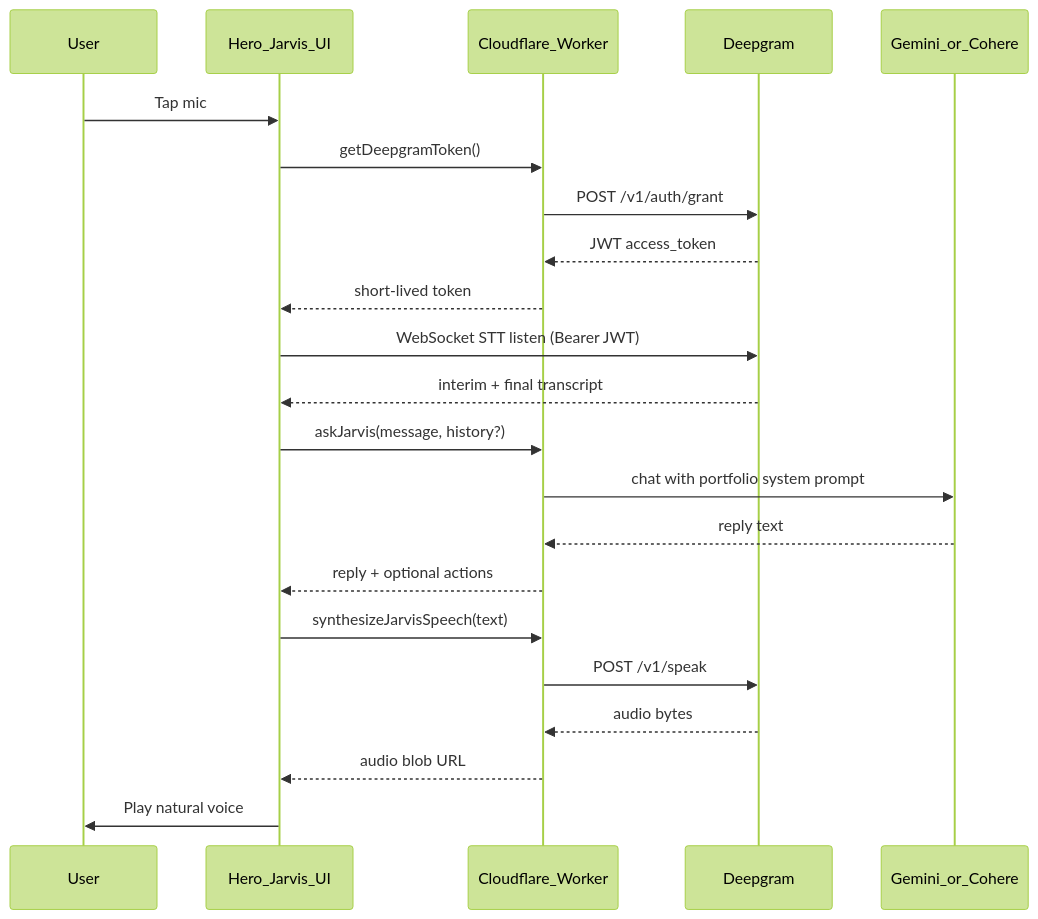
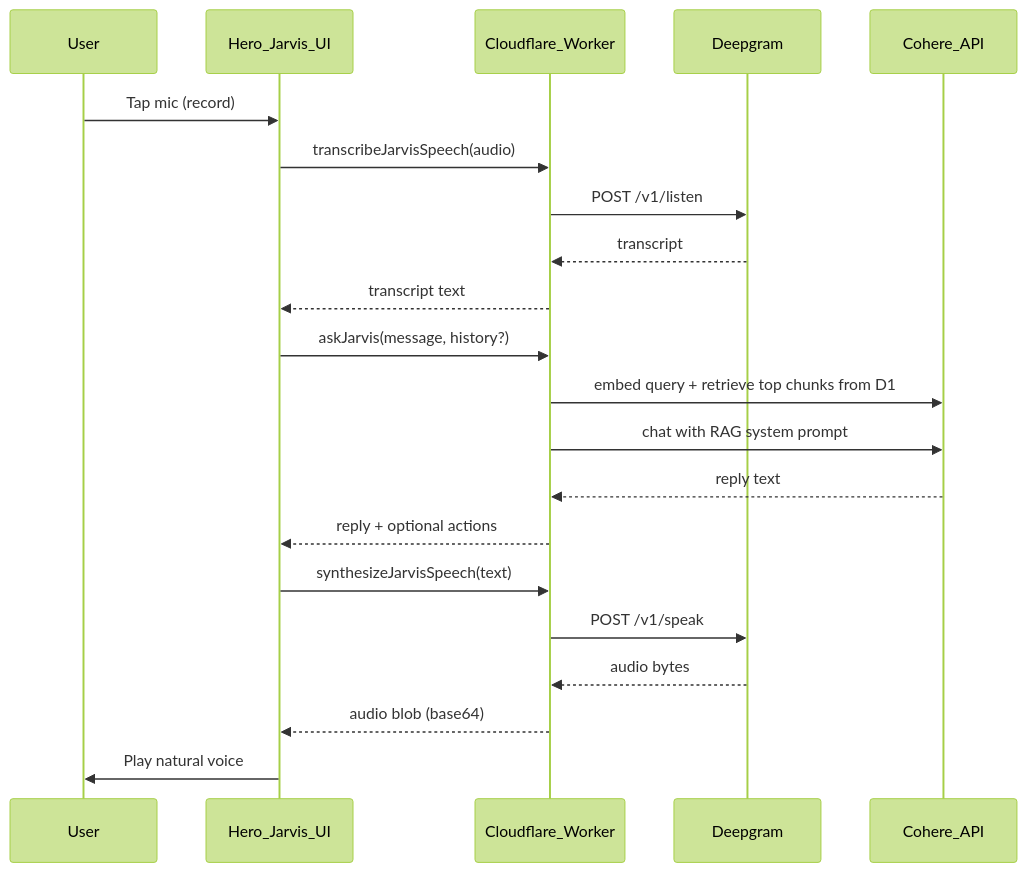
One commit to Anurag313y/Agentic-RAG-Portfolio changed the second of 2 diagrams in README.md. Above: the diagram before and after it, drawn with Mermaid (forest theme). The commit also changed other lines of this file and 22 other files, not shown here.

````diff
--- a/README.md
+++ b/README.md
@@ -409,28 +411,26 @@
 ```mermaid
 sequenceDiagram
   participant User
   participant Hero as Hero_Jarvis_UI
   participant Worker as Cloudflare_Worker
   participant DG as Deepgram
-  participant LLM as Gemini_or_Cohere
+  participant Cohere as Cohere_API
 
-  User->>Hero: Tap mic
-  Hero->>Worker: getDeepgramToken()
-  Worker->>DG: POST /v1/auth/grant
-  DG-->>Worker: JWT access_token
-  Worker-->>Hero: short-lived token
-
-  Hero->>DG: WebSocket STT listen (Bearer JWT)
-  DG-->>Hero: interim + final transcript
+  User->>Hero: Tap mic (record)
+  Hero->>Worker: transcribeJarvisSpeech(audio)
+  Worker->>DG: POST /v1/listen
+  DG-->>Worker: transcript
+  Worker-->>Hero: transcript text
 
   Hero->>Worker: askJarvis(message, history?)
-  Worker->>LLM: chat with portfolio system prompt
-  LLM-->>Worker: reply text
+  Worker->>Cohere: embed query + retrieve top chunks from D1
+  Worker->>Cohere: chat with RAG system prompt
+  Cohere-->>Worker: reply text
   Worker-->>Hero: reply + optional actions
 
   Hero->>Worker: synthesizeJarvisSpeech(text)
   Worker->>DG: POST /v1/speak
   DG-->>Worker: audio bytes
-  Worker-->>Hero: audio blob URL
+  Worker-->>Hero: audio blob (base64)
   Hero->>User: Play natural voice
 ```
````
